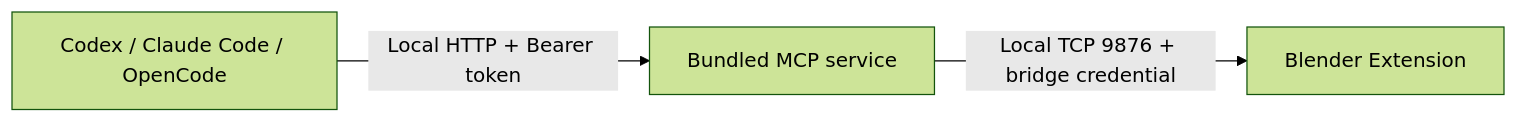
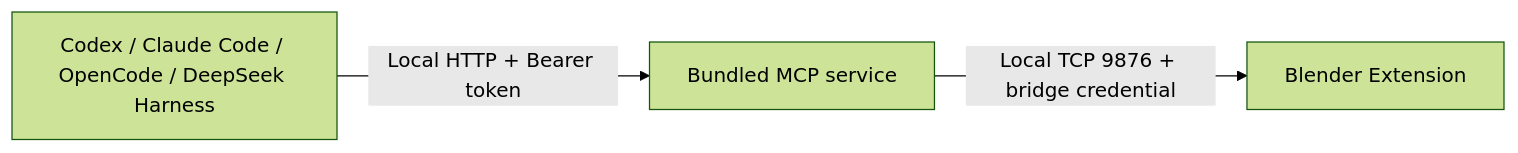
One commit to psiQAQ/blender_mcp-setup-guide changed the diagram in docs/blender_mcp-setup_en.md. Above: the diagram before and after it, drawn with Mermaid (forest theme). The commit also changed other lines of this file and 5 other files, not shown here.

Commit message:
docs: add DeepSeek Harness client setup to the integrated guide

````diff
--- a/docs/blender_mcp-setup_en.md
+++ b/docs/blender_mcp-setup_en.md
@@ -16,5 +16,5 @@
 ```mermaid
 flowchart LR
-    Client[Codex / Claude Code / OpenCode] -->|Local HTTP + Bearer token| Service[Bundled MCP service]
+    Client[Codex / Claude Code / OpenCode / DeepSeek Harness] -->|Local HTTP + Bearer token| Service[Bundled MCP service]
     Service -->|Local TCP 9876 + bridge credential| Blender[Blender Extension]
 ```
````
